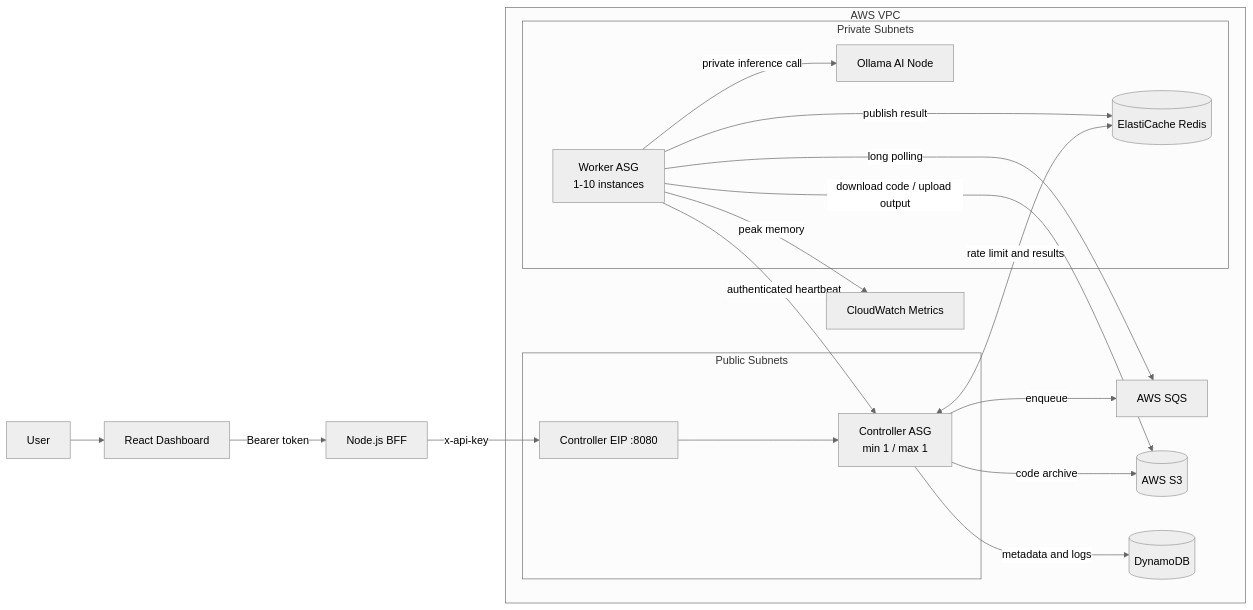
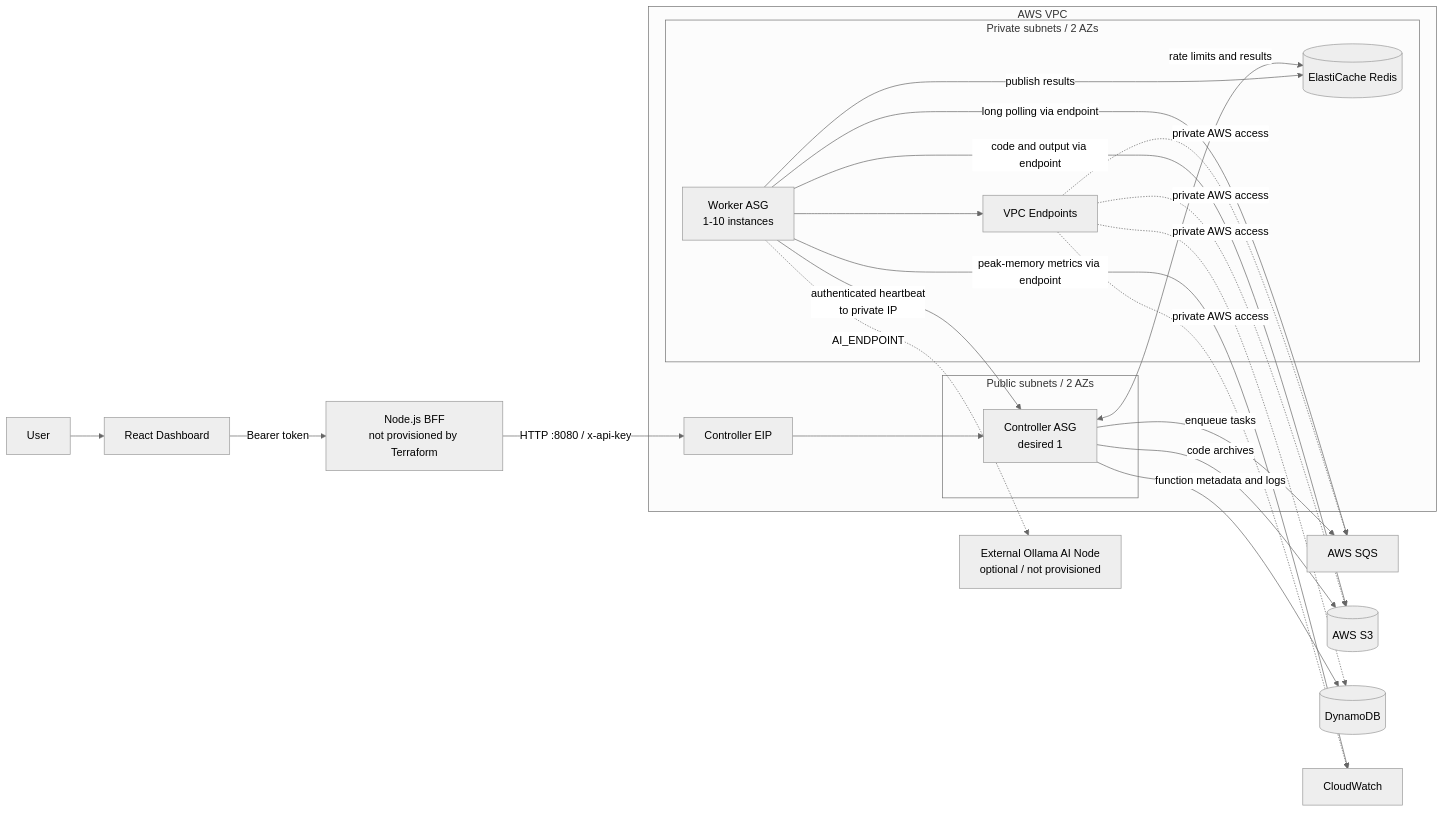
One commit to sangmu1126/FaaS-Platform changed the first of 2 diagrams in README.md. Above: the diagram before and after it, drawn with Mermaid (neutral theme). The commit also changed other lines of this file, not shown here.

Commit message:
correct deployed architecture diagram

````diff
--- a/README.md
+++ b/README.md
@@ -16,35 +16,42 @@
 ```mermaid
 flowchart LR
     User[User] --> Web[React Dashboard]
-    Web -->|Bearer token| BFF[Node.js BFF]
-    BFF -->|x-api-key| EIP[Controller EIP :8080]
+    Web -->|Bearer token| BFF[Node.js BFF<br/>not provisioned by Terraform]
+    BFF -->|HTTP :8080 / x-api-key| EIP[Controller EIP]
 
-    subgraph AWS VPC
-        subgraph Public Subnets
-            EIP --> Controller[Controller ASG<br/>min 1 / max 1]
+    subgraph VPC[AWS VPC]
+        subgraph Public[Public subnets / 2 AZs]
+            Controller[Controller ASG<br/>desired 1]
         end
 
-        subgraph Private Subnets
+        subgraph Private[Private subnets / 2 AZs]
             Worker[Worker ASG<br/>1-10 instances]
             Redis[(ElastiCache Redis)]
-            AINode[Ollama AI Node]
+            Endpoints[VPC Endpoints]
         end
 
-        SQS[AWS SQS]
-        S3[(AWS S3)]
-        DDB[(DynamoDB)]
-        CW[CloudWatch Metrics]
+        EIP --> Controller
+        Worker -->|authenticated heartbeat<br/>to private IP| Controller
+        Controller <-->|rate limits and results| Redis
+        Worker -->|publish results| Redis
+        Worker --> Endpoints
     end
 
-    Controller -->|enqueue| SQS
-    Controller -->|metadata and logs| DDB
-    Controller -->|code archive| S3
-    Controller <-->|rate limit and results| Redis
+    SQS[AWS SQS]
+    S3[(AWS S3)]
+    DDB[(DynamoDB)]
+    CW[CloudWatch]
+    AI[External Ollama AI Node<br/>optional / not provisioned]
 
-    Worker -->|long polling| SQS
-    Worker -->|download code / upload output| S3
-    Worker -->|publish result| Redis
-    Worker -->|authenticated heartbeat| Controller
-    Worker -->|peak memory| CW
-    Worker -->|private inference call| AINode
+    Controller -->|enqueue tasks| SQS
+    Controller -->|function metadata and logs| DDB
+    Controller -->|code archives| S3
+    Worker -->|long polling via endpoint| SQS
+    Worker -->|code and output via endpoint| S3
+    Worker -->|peak-memory metrics via endpoint| CW
+    Endpoints -. private AWS access .-> SQS
+    Endpoints -. private AWS access .-> S3
+    Endpoints -. private AWS access .-> DDB
+    Endpoints -. private AWS access .-> CW
+    Worker -. AI_ENDPOINT .-> AI
 ```
````
